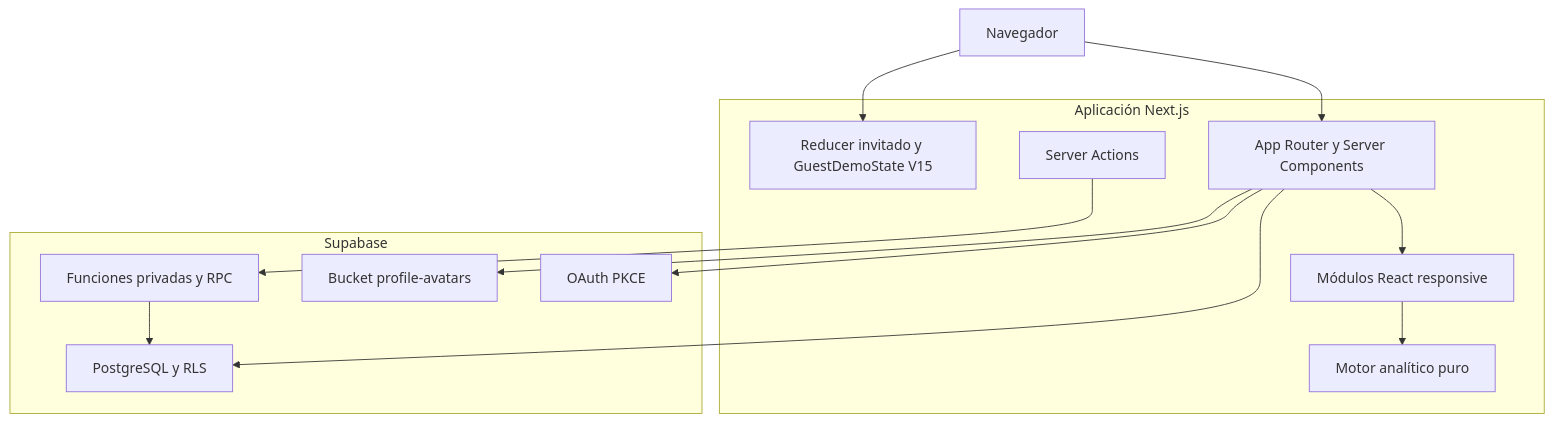
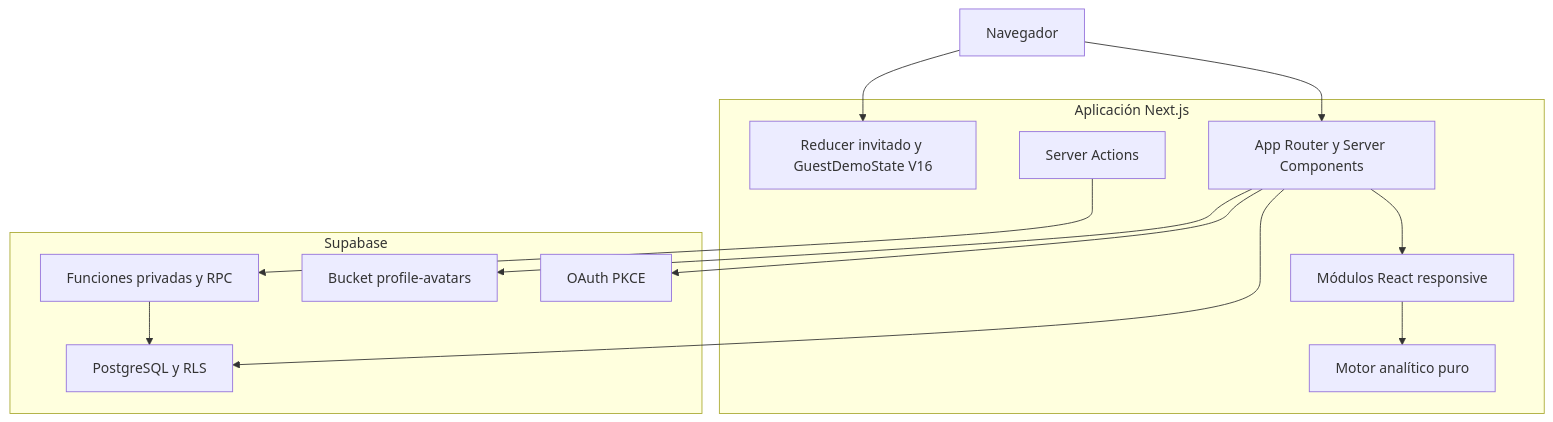
The second of 9 diagrams in docs/TECHNICAL-CASE-STUDY.md (antoniojesusdelgado/management-platform-demo), drawn with Mermaid before and after one commit. The commit also changed other lines of this file and 28 other files, not shown here.

````diff
--- a/docs/TECHNICAL-CASE-STUDY.md
+++ b/docs/TECHNICAL-CASE-STUDY.md
@@ -68,26 +68,26 @@
 ```mermaid
 flowchart TB
   browser["Navegador"]
   subgraph next["Aplicación Next.js"]
     routes["App Router y Server Components"]
     actions["Server Actions"]
-    guest["Reducer invitado y GuestDemoState V15"]
+    guest["Reducer invitado y GuestDemoState V16"]
     analytics["Motor analítico puro"]
     ui["Módulos React responsive"]
   end
   subgraph supabase["Supabase"]
     auth["OAuth PKCE"]
     postgres["PostgreSQL y RLS"]
     rpc["Funciones privadas y RPC"]
     storage["Bucket profile-avatars"]
   end
   browser --> routes
   browser --> guest
   routes --> ui
   ui --> analytics
   routes --> postgres
   actions --> rpc
   rpc --> postgres
   routes --> auth
   routes --> storage
 ```
````
